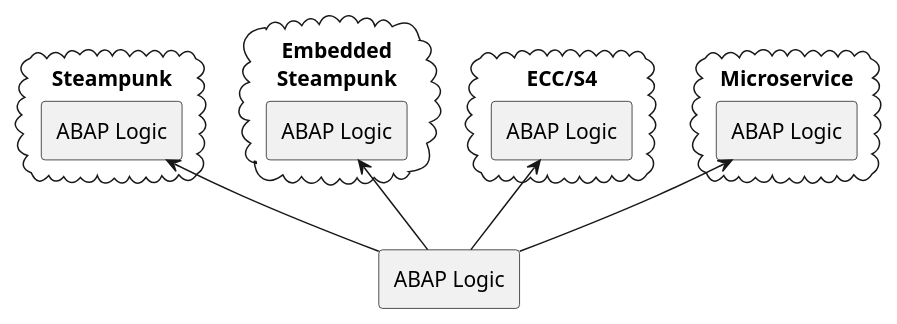
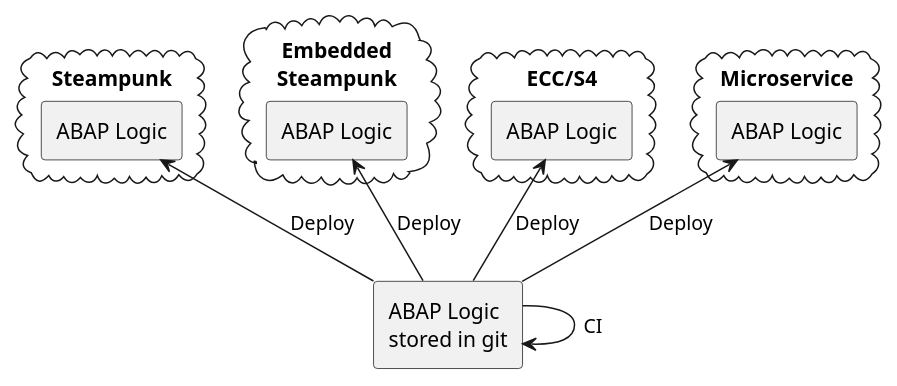
One commit to heliconialabs/moving-abap-workloads-to-serverless changed the second of 2 diagrams in src/introduction.adoc. Above: the diagram before and after it, drawn with PlantUML.

```diff
--- a/src/introduction.adoc
+++ b/src/introduction.adoc
@@ -68,27 +68,28 @@
 [plantuml]
 ....
 skinparam monochrome true
 
-rectangle "ABAP Logic" as logic
+rectangle "ABAP Logic\nstored in git" as logic
+logic -> logic: CI
 
 cloud Steampunk {
   rectangle "ABAP Logic" as logic1
 }
 
 cloud "Embedded\nSteampunk" {
   rectangle "ABAP Logic" as logic2
 }
 
 cloud "ECC/S4" {
   rectangle "ABAP Logic" as logic3
 }
 
 cloud "Microservice" {
   rectangle "ABAP Logic" as logic4
 }
 
-logic -up-> logic1
-logic -up-> logic2
-logic -up-> logic3
-logic -up-> logic4
+logic -up-> logic1: Deploy
+logic -up-> logic2: Deploy
+logic -up-> logic3: Deploy
+logic -up-> logic4: Deploy
 ....
```
